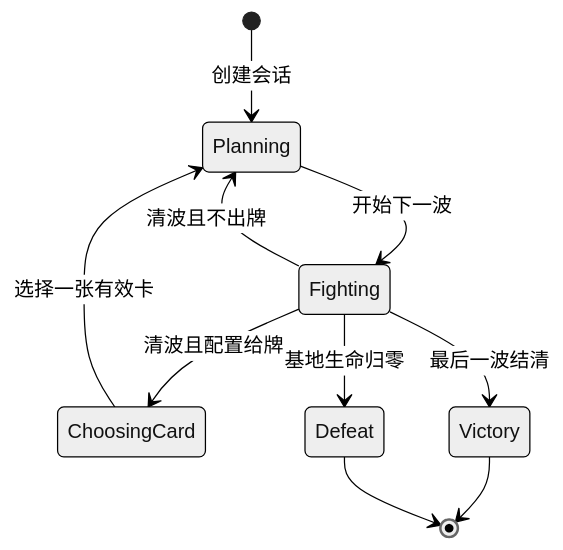
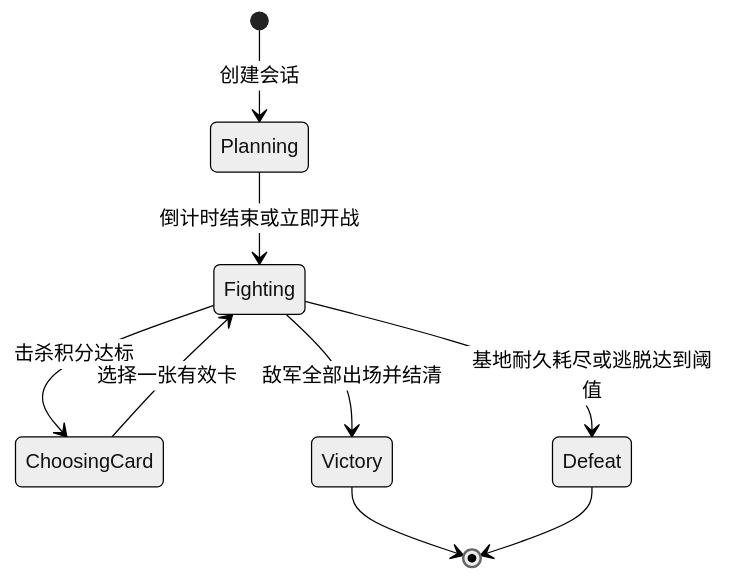
One commit to Novorizon/GameStarter changed the diagram in Documentation/TowerDefense/GameplayAndData.zh-CN.md. Above: the diagram before and after it, drawn with Mermaid (neutral theme). The commit also changed other lines of this file and 349 other files, not shown here.

First line of the commit message:
交付新版林间哨站地图和优化 UI

````diff
--- a/Documentation/TowerDefense/GameplayAndData.zh-CN.md
+++ b/Documentation/TowerDefense/GameplayAndData.zh-CN.md
@@ -9,12 +22,11 @@
 ```mermaid
 stateDiagram-v2
     [*] --> Planning: 创建会话
-    Planning --> Fighting: 开始下一波
-    Fighting --> ChoosingCard: 清波且配置给牌
-    ChoosingCard --> Planning: 选择一张有效卡
-    Fighting --> Planning: 清波且不出牌
-    Fighting --> Victory: 最后一波结清
-    Fighting --> Defeat: 基地生命归零
+    Planning --> Fighting: 倒计时结束或立即开战
+    Fighting --> ChoosingCard: 击杀积分达标
+    ChoosingCard --> Fighting: 选择一张有效卡
+    Fighting --> Victory: 敌军全部出场并结清
+    Fighting --> Defeat: 基地耐久耗尽或逃脱达到阈值
     Victory --> [*]
     Defeat --> [*]
 ```
````
